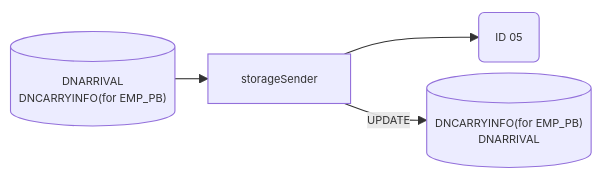
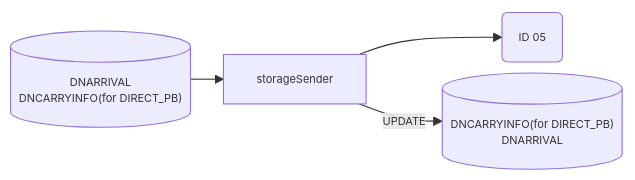
Before and after one commit to luthfiadityaa/SimeDarby-Wiki: the third of 7 diagrams in Basic-Design/DFD-WMS/Storage/PALLETIZE-OPERATION-FROM-IKEDA.md, drawn with Mermaid. The commit also changed other lines of this file, not shown here.

```diff
--- a/Basic-Design/DFD-WMS/Storage/PALLETIZE-OPERATION-FROM-IKEDA.md
+++ b/Basic-Design/DFD-WMS/Storage/PALLETIZE-OPERATION-FROM-IKEDA.md
@@ -178,29 +178,29 @@
 ::: mermaid
 flowchart LR
 
 %%{init:{
   "themeVariables": { "fontSize": "10px" },
   "flowchart": {
     "useMaxWidth": false,
     "diagramPadding": 5,
     "nodeSpacing": 10,
     "rankSpacing": 30
   }
 }}%%
 
 storageSender-update[("
-DNCARRYINFO(for EMP_PB)
+DNCARRYINFO(for DIRECT_PB)
 DNARRIVAL
 ")]
 storageSender-input[("
 DNARRIVAL
-DNCARRYINFO(for EMP_PB)
+DNCARRYINFO(for DIRECT_PB)
 ")]
 
 id05msg("
 ID 05
 ")
 
 storageSender-input-->storageSender-->id05msg
 storageSender--> |UPDATE| storageSender-update
 :::
```
